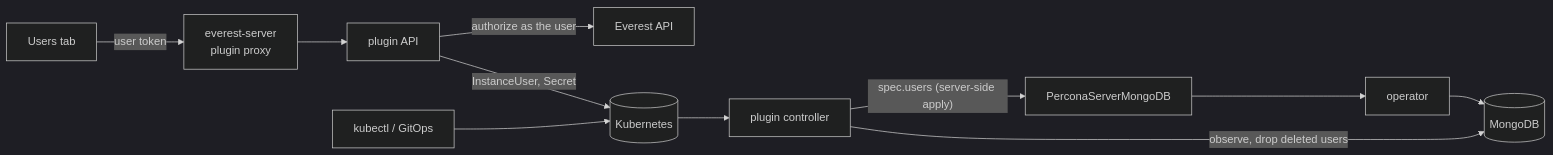
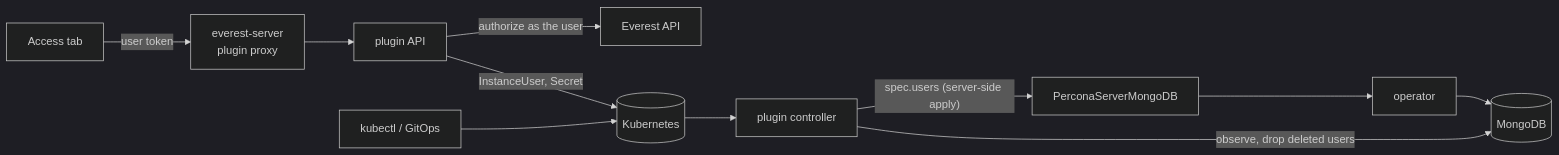
One commit to openeverest/plugin-user-management changed the diagram in README.md. Above: the diagram before and after it, drawn with Mermaid (dark theme). The commit also changed other lines of this file and 8 other files, not shown here.

First line of the commit message:
feat: one Access tab with Users and Databases sections

````diff
--- a/README.md
+++ b/README.md
@@ -176,12 +176,12 @@
 ```mermaid
 flowchart LR
-  UI["Users tab"] -->|user token| ES[everest-server<br/>plugin proxy]
+  UI["Access tab"] -->|user token| ES[everest-server<br/>plugin proxy]
   ES --> API[plugin API]
   API -->|authorize as the user| EV[Everest API]
   API -->|InstanceUser, Secret| K8S[(Kubernetes)]
   CLI[kubectl / GitOps] --> K8S
   K8S --> CTRL[plugin controller]
   CTRL -->|"spec.users (server-side apply)"| CR[PerconaServerMongoDB]
   CR --> OP[operator] --> DB[(MongoDB)]
   CTRL -->|observe, drop deleted users| DB
 ```
````
